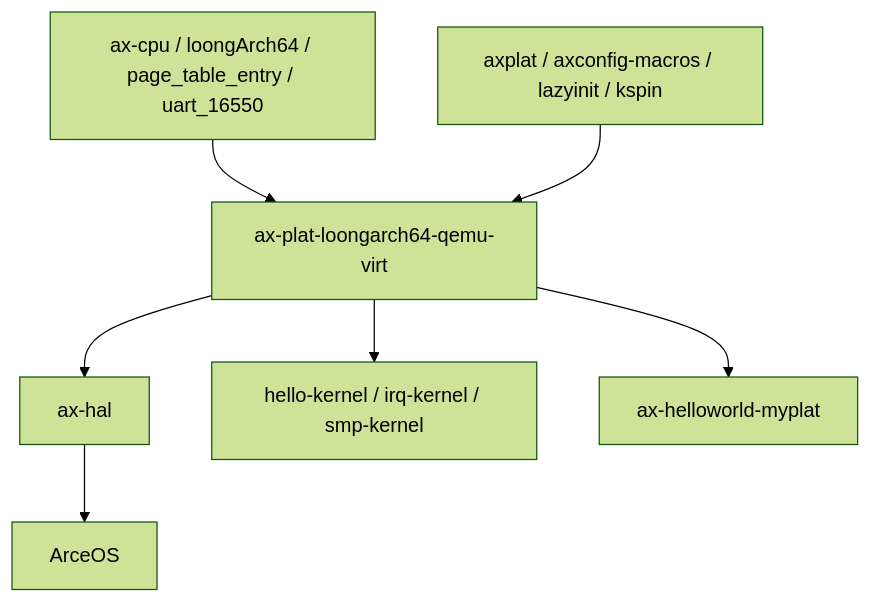
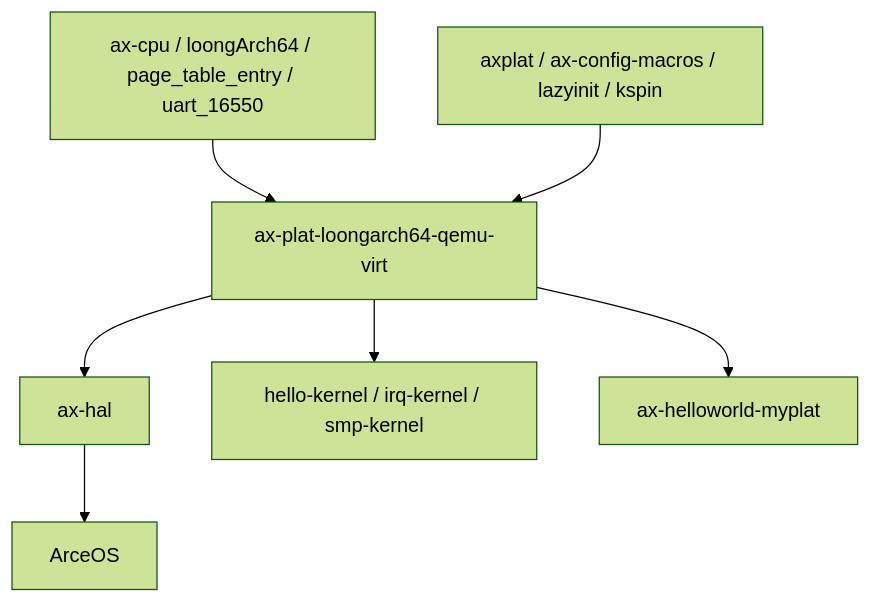
The second of 2 diagrams in docs/crates/ax-plat-loongarch64-qemu-virt.md (zKurisu/tgoskits), drawn with Mermaid (forest theme) before and after one commit. The commit also changed other lines of this file and 75 other files, not shown here.

Commit message:
rename axconfig-macros to ax-config-macros

````diff
--- a/docs/crates/ax-plat-loongarch64-qemu-virt.md
+++ b/docs/crates/ax-plat-loongarch64-qemu-virt.md
@@ -189,9 +189,9 @@
 ```mermaid
 graph TD
     A[ax-cpu / loongArch64 / page_table_entry / uart_16550] --> B[ax-plat-loongarch64-qemu-virt]
-    C[axplat / axconfig-macros / lazyinit / kspin] --> B
+    C[axplat / ax-config-macros / lazyinit / kspin] --> B
     B --> D[ax-hal]
     B --> E[hello-kernel / irq-kernel / smp-kernel]
     B --> F[ax-helloworld-myplat]
     D --> G[ArceOS]
 ```
````
